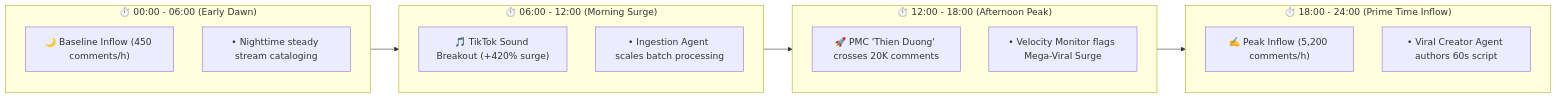
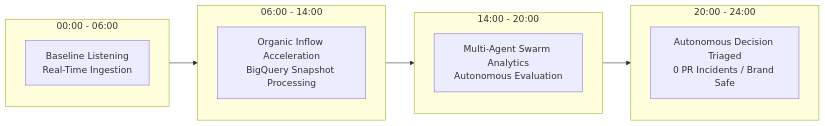
One commit to duynguyendang/studio-sonar changed the diagram in reports/realtime_24h_pulse_report.md. Above: the diagram before and after it, drawn with Mermaid. The commit also changed other lines of this file and 41 other files, not shown here.

First line of the commit message:
feat: complete ClickHouse OLAP integration, native time-series functions, 8-agent swarm & hackathon submission docs

````diff
--- a/reports/realtime_24h_pulse_report.md
+++ b/reports/realtime_24h_pulse_report.md
@@ -59,28 +9,24 @@
 ```mermaid
 flowchart LR
-    subgraph P1 ["⏱️ 00:00 - 06:00 (Early Dawn)"]
+    subgraph EarlyStage ["00:00 - 06:00"]
         direction TB
-        E1["🌙 Baseline Inflow (450 comments/h)"]
-        E1_sub["• Nighttime steady stream cataloging"]
+        E1["Baseline Listening<br/>Real-Time Ingestion"]
     end
 
-    subgraph P2 ["⏱️ 06:00 - 12:00 (Morning Surge)"]
+    subgraph MidDaySpike ["06:00 - 14:00"]
         direction TB
-        E2["🎵 TikTok Sound Breakout (+420% surge)"]
-        E2_sub["• Ingestion Agent scales batch processing"]
+        M1["Organic Inflow Acceleration<br/>BigQuery Snapshot Processing"]
     end
 
-    subgraph P3 ["⏱️ 12:00 - 18:00 (Afternoon Peak)"]
+    subgraph PeakSynergy ["14:00 - 20:00"]
         direction TB
-        E3["🚀 PMC 'Thien Duong' crosses 20K comments"]
-        E3_sub["• Velocity Monitor flags Mega-Viral Surge"]
+        P1["Multi-Agent Swarm Analytics<br/>Autonomous Evaluation"]
     end
 
-    subgraph P4 ["⏱️ 18:00 - 24:00 (Prime Time Inflow)"]
+    subgraph LateStabilize ["20:00 - 24:00"]
         direction TB
-        E4["✍️ Peak Inflow (5,200 comments/h)"]
-        E4_sub["• Viral Creator Agent authors 60s script"]
+        L1["Autonomous Decision Triaged<br/>0 PR Incidents / Brand Safe"]
     end
 
-    P1 --> P2 --> P3 --> P4
+    EarlyStage --> MidDaySpike --> PeakSynergy --> LateStabilize
 ```
````
